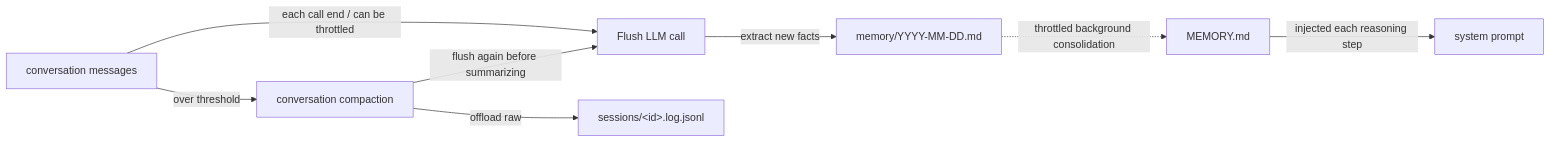
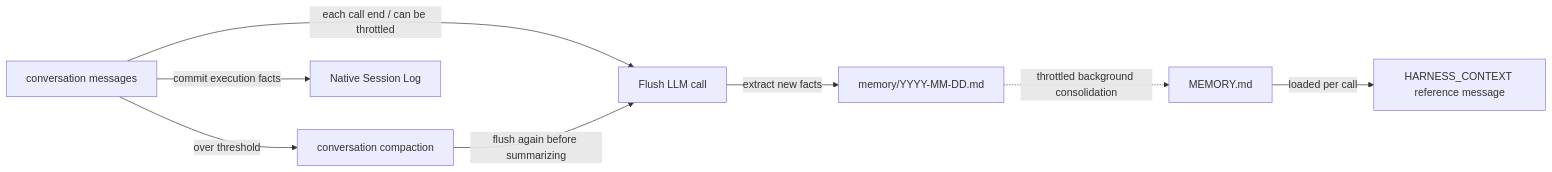
Before and after one commit to nexora-dev200/agentscope-java: the diagram in docs/v2/en/docs/harness/memory.md, drawn with Mermaid. The commit also changed other lines of this file and 2424 other files, not shown here.

````diff
--- a/docs/v2/en/docs/harness/memory.md
+++ b/docs/v2/en/docs/harness/memory.md
@@ -35,11 +35,11 @@
 ```mermaid
 graph LR
     Conv["conversation messages"]
     Conv -->|each call end / can be throttled| Flush["Flush LLM call"]
     Flush -->|extract new facts| Daily["memory/YYYY-MM-DD.md"]
     Conv -->|over threshold| Compactor["conversation compaction"]
-    Compactor -->|offload raw| Sess["sessions/&lt;id&gt;.log.jsonl"]
+    Conv -->|commit execution facts| Sess["Native Session Log"]
     Compactor -->|flush again before summarizing| Flush
     Daily -. throttled background consolidation .-> MEM["MEMORY.md"]
-    MEM -->|injected each reasoning step| SYS["system prompt"]
+    MEM -->|loaded per call| SYS["HARNESS_CONTEXT reference message"]
 ```
````
